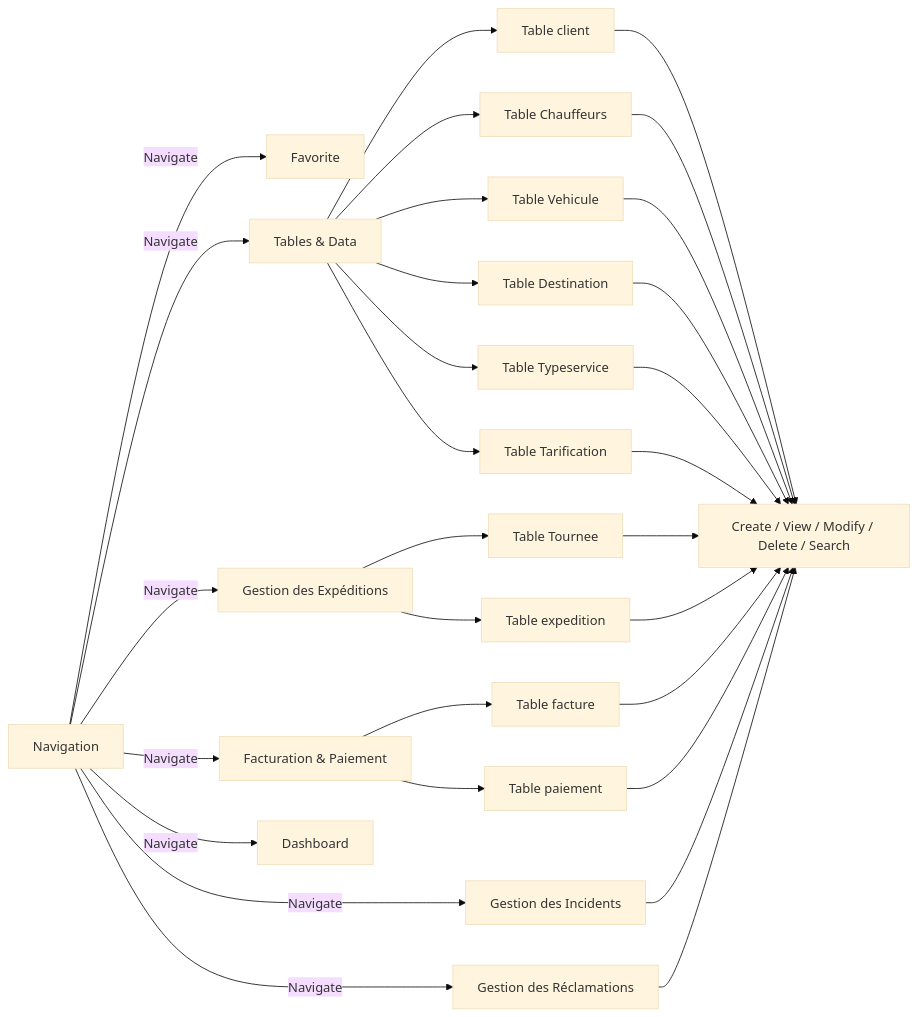
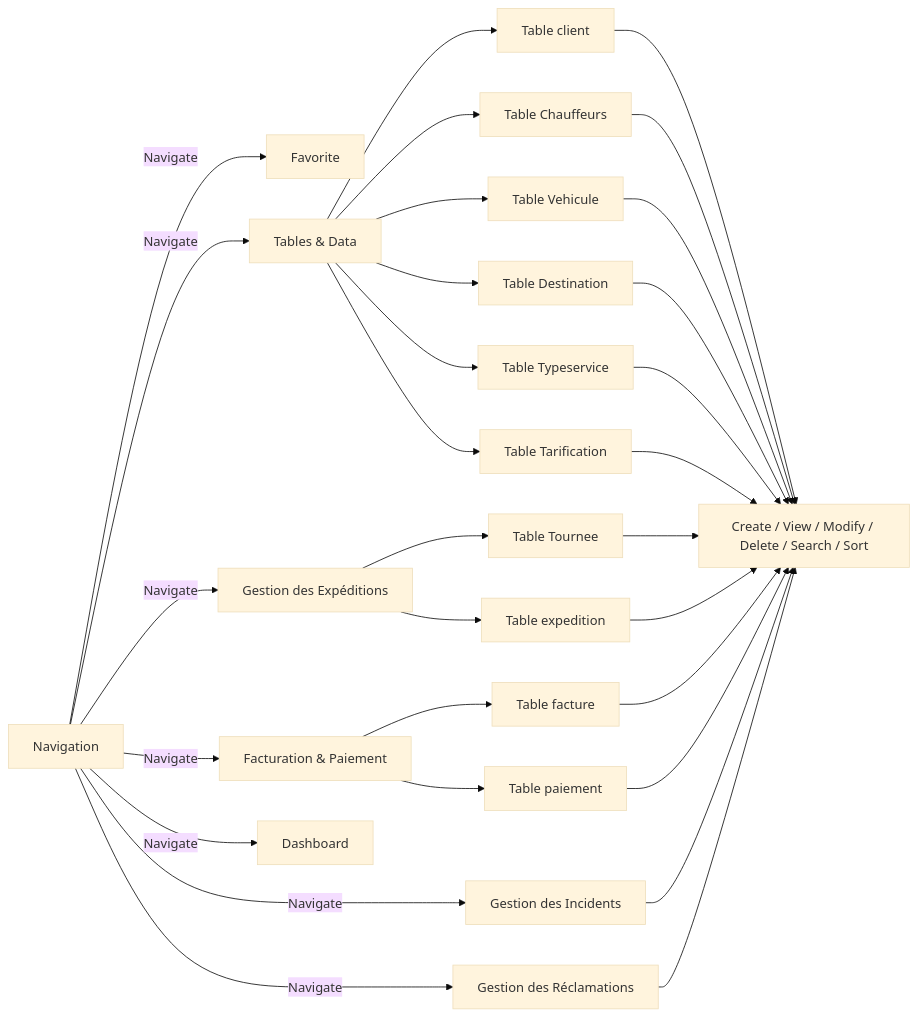
Before and after one commit to alaa-bsh/transport-management-system: the third of 3 diagrams in README.md, drawn with Mermaid (base theme).

````diff
--- a/README.md
+++ b/README.md
@@ -138,33 +138,33 @@
 ```mermaid
 flowchart LR
     Navigation["Navigation"]
     Navigation -->|Navigate| Features["Favorite"]
     Navigation -->|Navigate| TablesData["Tables & Data"]
     Navigation -->|Navigate| Expeditions["Gestion des Expéditions"]
     Navigation -->|Navigate| Facturation["Facturation & Paiement"]
     Navigation -->|Navigate| Incidents["Gestion des Incidents"]
     Navigation -->|Navigate| Reclamations["Gestion des Réclamations"]
     TablesData --> Client[Table client]
     TablesData --> Chauffeurs[Table Chauffeurs]
     TablesData --> Vehicule[Table Vehicule]
     TablesData --> Destination[Table Destination]
     TablesData --> Typeservice[Table Typeservice]
     TablesData --> Tarification[Table Tarification]
     Client --> Ops
     Chauffeurs --> Ops
     Vehicule --> Ops
     Destination --> Ops
     Typeservice --> Ops
     Tarification --> Ops
     Expeditions --> expedition[Table expedition]
     Expeditions --> Tournee[Table Tournee]
-    Tournee --> Ops["Create / View / Modify / Delete / Search"]
-    expedition --> Ops["Create / View / Modify / Delete / Search"]
+    Tournee --> Ops["Create / View / Modify / Delete / Search / Sort"]
+    expedition --> Ops["Create / View / Modify / Delete / Search / Sort"]
     Facturation --> facture[Table facture]
     Facturation --> paiement[Table paiement]
     facture --> Ops
     paiement --> Ops
     Incidents --> Ops
     Reclamations --> Ops
     Navigation --> |Navigate|Dashboard[Dashboard]
 ```
````
